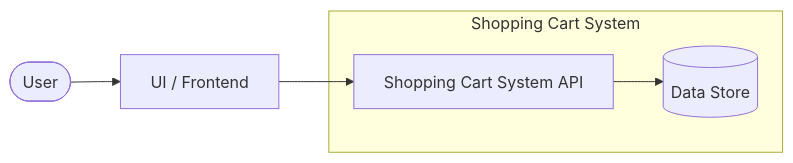
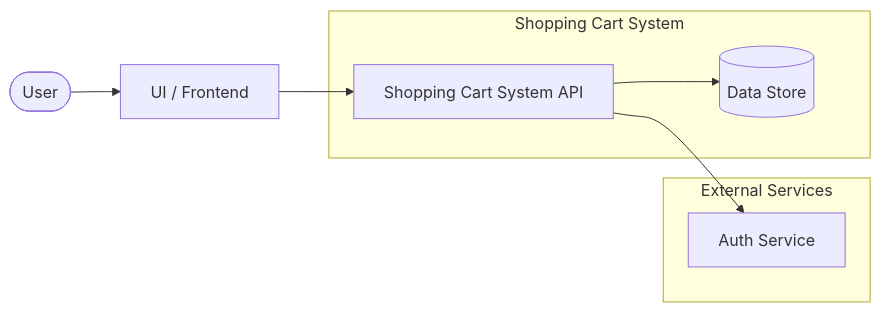
Before and after one commit to sumncc/CopilotDemo: the second of 2 diagrams in doc/lld/shopping-cart-system-lld.md, drawn with Mermaid. The commit also changed other lines of this file, not shown here.

````diff
--- a/doc/lld/shopping-cart-system-lld.md
+++ b/doc/lld/shopping-cart-system-lld.md
@@ -37,12 +40,18 @@
 ```mermaid
 flowchart LR
 
   subgraph System["Shopping Cart System"]
     ShoppingcartsystemAPI[Shopping Cart System API]
     DB[(Data Store)]
   end
 
   User([User]) --> UI[UI / Frontend]
   UI --> ShoppingcartsystemAPI
   ShoppingcartsystemAPI --> DB
+
+  subgraph Ext["External Services"]
+    AuthSvc[Auth Service]
+  end
+
+  ShoppingcartsystemAPI --> AuthSvc
 ```
````
